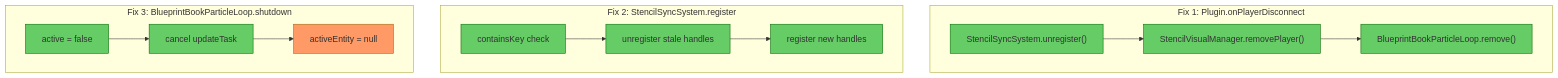
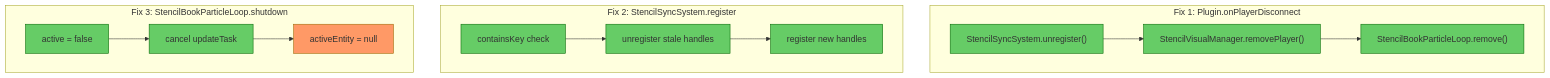
Before and after one commit to TheCodeCreature/Hytale-Example-Plugin: the first of 2 diagrams in docs/review-disconnect-race-fixes.md, drawn with Mermaid. The commit also changed other lines of this file and 289 other files, not shown here.

````diff
--- a/docs/review-disconnect-race-fixes.md
+++ b/docs/review-disconnect-race-fixes.md
@@ -11,32 +11,32 @@
 ```mermaid
 graph TB
     subgraph "Fix 1: Plugin.onPlayerDisconnect"
         A["StencilSyncSystem.unregister()"]
         B["StencilVisualManager.removePlayer()"]
-        C["BlueprintBookParticleLoop.remove()"]
+        C["StencilBookParticleLoop.remove()"]
     end
     subgraph "Fix 2: StencilSyncSystem.register"
         D["containsKey check"]
         E["unregister stale handles"]
         F["register new handles"]
     end
-    subgraph "Fix 3: BlueprintBookParticleLoop.shutdown"
+    subgraph "Fix 3: StencilBookParticleLoop.shutdown"
         G["active = false"]
         H["cancel updateTask"]
         I["activeEntity = null"]
     end
 
     A --> B --> C
     D --> E --> F
     G --> H --> I
 
     style A fill:#6c6,stroke:#060
     style B fill:#6c6,stroke:#060
     style C fill:#6c6,stroke:#060
     style D fill:#6c6,stroke:#060
     style E fill:#6c6,stroke:#060
     style F fill:#6c6,stroke:#060
     style G fill:#6c6,stroke:#060
     style H fill:#6c6,stroke:#060
     style I fill:#f96,stroke:#960
 ```
````
